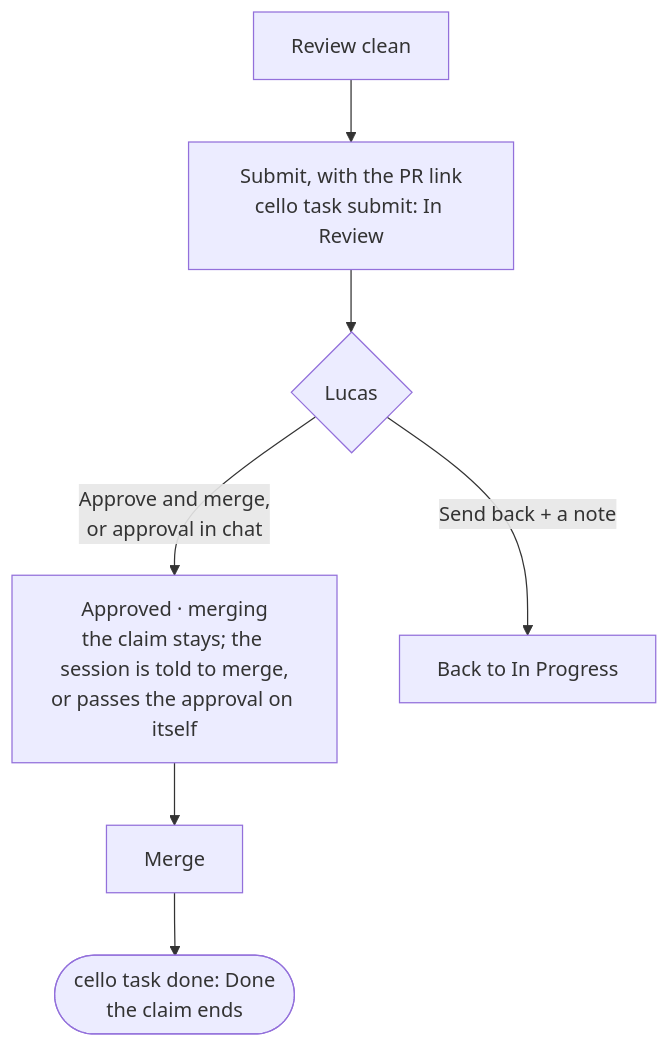
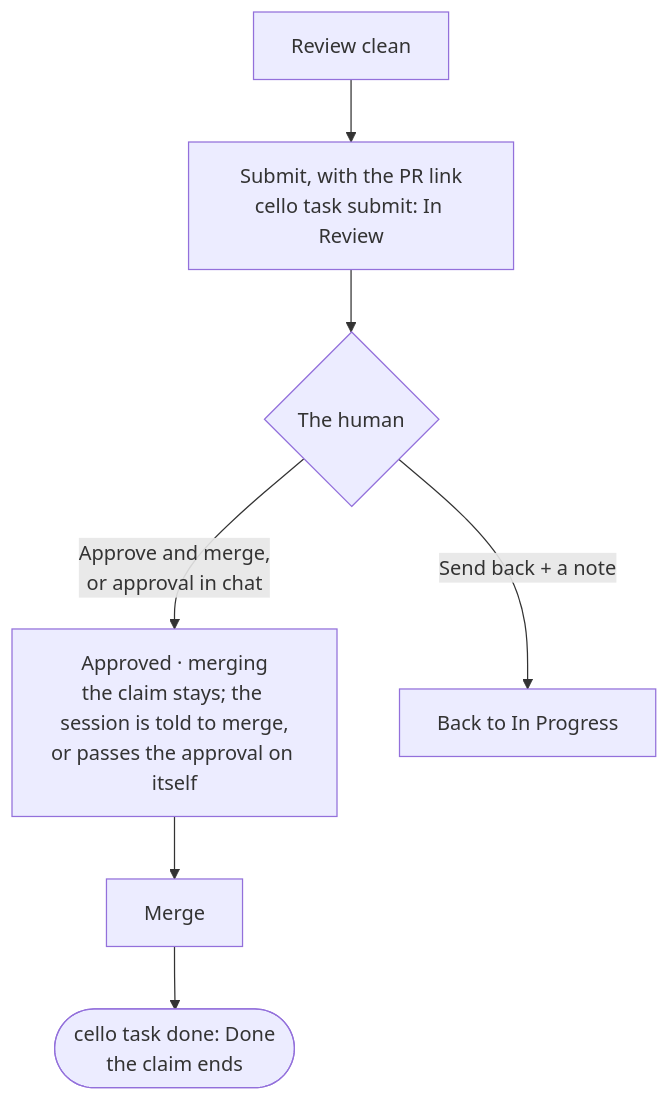
The fifth of 5 diagrams in docs/feature-lifecycle.md (lnmunhoz/cello), drawn with Mermaid before and after one commit. The commit also changed other lines of this file and 17 other files, not shown here.

First line of the commit message:
docs: agents say "the human", not Lucas; the unknown user is "Human" (CEL-182)

````diff
--- a/docs/feature-lifecycle.md
+++ b/docs/feature-lifecycle.md
@@ -173,9 +173,9 @@
 ```mermaid
 flowchart TD
     A["Review clean"] --> B["Submit, with the PR link<br/>cello task submit: In Review"]
-    B --> C{"Lucas"}
+    B --> C{"The human"}
     C -->|"Approve and merge,<br/>or approval in chat"| D["Approved · merging<br/>the claim stays; the session is told to merge,<br/>or passes the approval on itself"]
     D --> E["Merge"]
     E --> F(["cello task done: Done<br/>the claim ends"])
     C -->|"Send back + a note"| G["Back to In Progress"]
 ```
````
